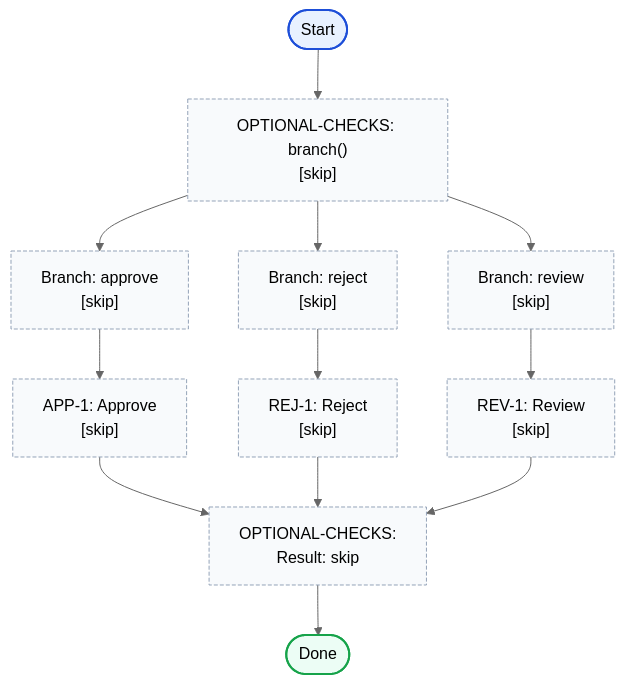
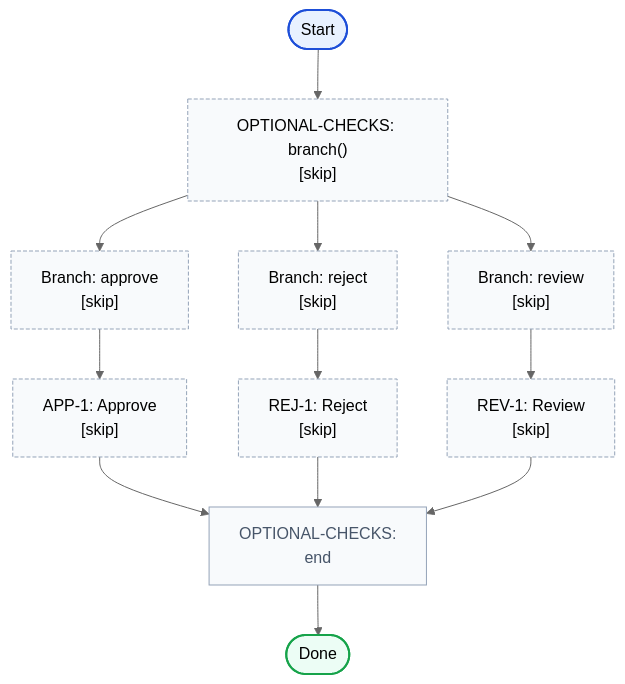
Before and after one commit to mikko-apo/structured-flow: the ninth of 9 diagrams in README.md, drawn with Mermaid (neutral theme). The commit also changed other lines of this file and 3 other files, not shown here.

````diff
--- a/README.md
+++ b/README.md
@@ -1443,47 +1455,48 @@
 ```mermaid
 flowchart TD
   start([Start])
   step_0["OPTIONAL-CHECKS: branch()
 [skip]"]
-  branch_0_result["OPTIONAL-CHECKS:
-Result: skip"]
-  class branch_0_result neutral
+  branch_0_end["OPTIONAL-CHECKS:
+end"]
+  branch_0_end --> done
+  class branch_0_end join
   branch_0_0_start["Branch: approve
 [skip]"]
   step_0 --> branch_0_0_start
   branch_0_0_step_0["APP-1: Approve
 [skip]"]
   branch_0_0_start --> branch_0_0_step_0
-  branch_0_0_step_0 --> branch_0_result
+  branch_0_0_step_0 --> branch_0_end
   class branch_0_0_step_0 neutral
   class branch_0_0_start neutral
   branch_0_1_start["Branch: reject
 [skip]"]
   step_0 --> branch_0_1_start
   branch_0_1_step_0["REJ-1: Reject
 [skip]"]
   branch_0_1_start --> branch_0_1_step_0
-  branch_0_1_step_0 --> branch_0_result
+  branch_0_1_step_0 --> branch_0_end
   class branch_0_1_step_0 neutral
   class branch_0_1_start neutral
   branch_0_2_start["Branch: review
 [skip]"]
   step_0 --> branch_0_2_start
   branch_0_2_step_0["REV-1: Review
 [skip]"]
   branch_0_2_start --> branch_0_2_step_0
-  branch_0_2_step_0 --> branch_0_result
+  branch_0_2_step_0 --> branch_0_end
   class branch_0_2_step_0 neutral
   class branch_0_2_start neutral
-  branch_0_result --> done
   done([Done])
   start --> step_0
   classDef executed fill:#e8f1ff,stroke:#1d4ed8,stroke-width:2px
   classDef success fill:#ecfdf5,stroke:#16a34a,stroke-width:2px
   classDef complete fill:#f0fdf4,stroke:#15803d,stroke-width:2px
   classDef failure fill:#fef2f2,stroke:#dc2626,stroke-width:2px
   classDef neutral fill:#f8fafc,stroke:#94a3b8,stroke-dasharray: 4 2
+  classDef join fill:#f8fafc,stroke:#94a3b8,stroke-width:1px,color:#475569
   class step_0 neutral
   class start executed
   class done success
 ```
````
